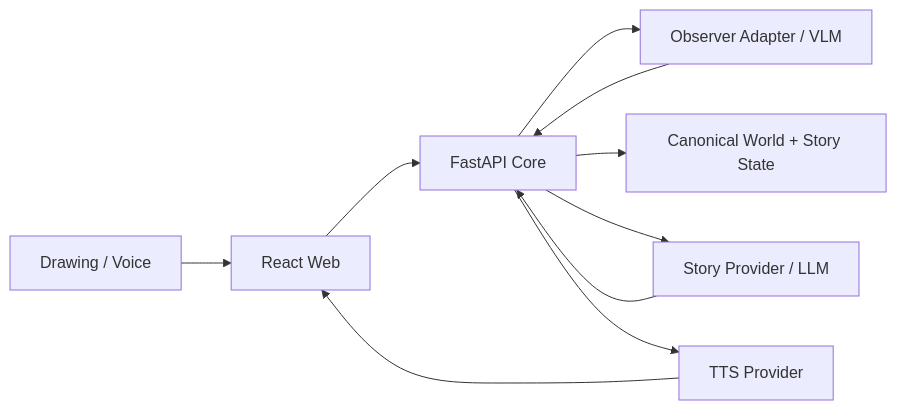
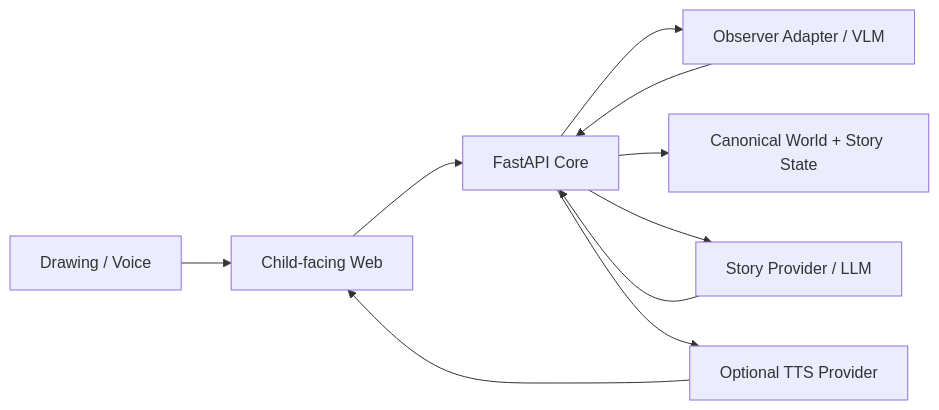
The diagram in README.md (Lilian0414/child), drawn with Mermaid before and after one commit. The commit also changed other lines of this file, not shown here.

````diff
--- a/README.md
+++ b/README.md
@@ -202,12 +279,12 @@
 ```mermaid
 flowchart LR
-    UI["React Web"] --> API["FastAPI Core"]
+    UI["Child-facing Web"] --> API["FastAPI Core"]
     MEDIA["Drawing / Voice"] --> UI
     API --> OBS["Observer Adapter / VLM"]
     OBS --> API
     API --> STATE["Canonical World + Story State"]
     API --> STORY["Story Provider / LLM"]
     STORY --> API
-    API --> TTS["TTS Provider"]
+    API --> TTS["Optional TTS Provider"]
     TTS --> UI
 ```
````
